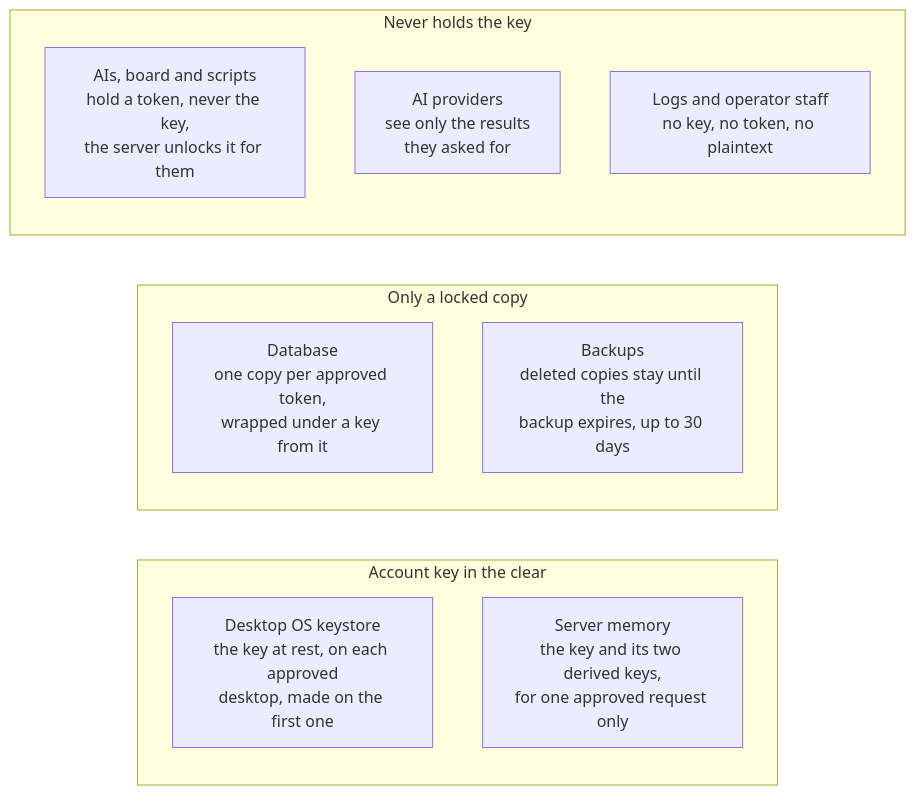
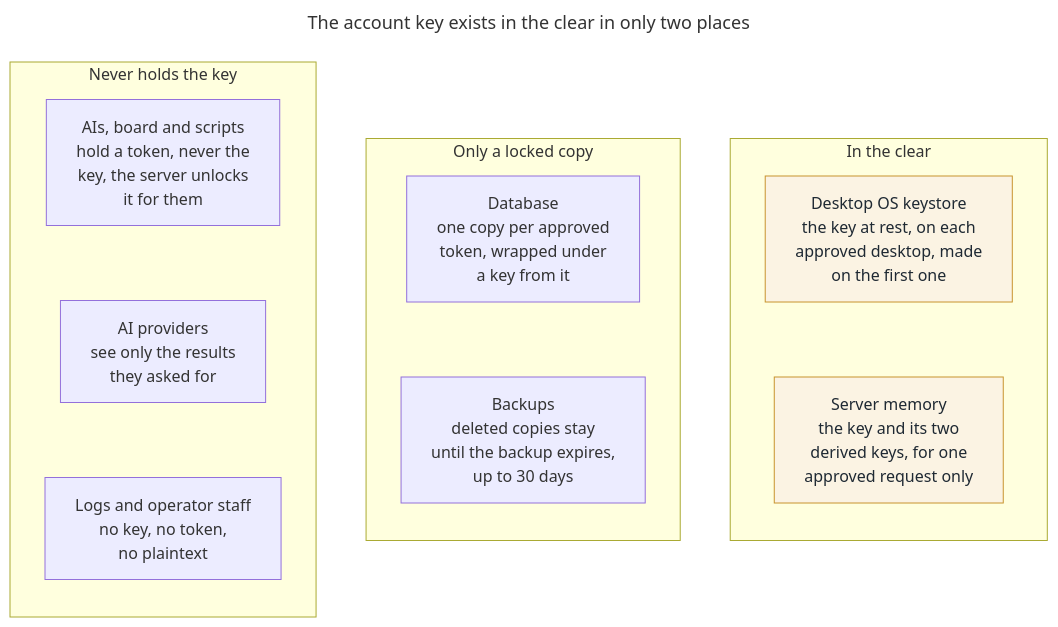
One commit to ajs-consult-llc/mirror-encryption-rfc changed the diagram in diagrams/where-the-account-key-lives-2-places-in-the-clear.mmd. Above: the diagram before and after it, drawn with Mermaid. The commit also changed 23 other files, not shown here.

First line of the commit message:
Diagrams that read: titles, short lines, vertical layouts

```diff
--- a/diagrams/where-the-account-key-lives-2-places-in-the-clear.mmd
+++ b/diagrams/where-the-account-key-lives-2-places-in-the-clear.mmd
@@ -1,16 +1,27 @@
-flowchart LR
+---
+title: "The account key exists in the clear in only two places"
+---
+flowchart TB
   accTitle: The account key exists in the clear in only two places
   accDescr: Where the account key lives, where only a locked copy lives, and where it never goes. In the clear, the key exists only in the desktop OS keystore, at rest on each approved desktop and made on the first one, and in server memory, with its two derived keys, for one approved request only. Only a locked copy is in the database, one copy per approved token wrapped under a key from it, and in backups, where deleted copies stay until the backup expires, up to 30 days. The AIs, board and scripts hold a token but never the key, and the server unlocks it for them. AI providers see only the results they asked for. Logs and operator staff hold no key, no token and no plaintext. A token opens only its own copy, so deleting that copy cuts its holder off at once.
-  subgraph clear["Account key in the clear"]
-    K1["Desktop OS keystore<br/>the key at rest, on each approved<br/>desktop, made on the first one"]
-    K2["Server memory<br/>the key and its two derived keys,<br/>for one approved request only"]
+  subgraph clear["In the clear"]
+    direction TB
+    K1["Desktop OS keystore<br/>the key at rest, on each<br/>approved desktop, made<br/>on the first one"]
+    K2["Server memory<br/>the key and its two<br/>derived keys, for one<br/>approved request only"]
+    K1 ~~~ K2
   end
   subgraph locked["Only a locked copy"]
-    L1["Database<br/>one copy per approved token,<br/>wrapped under a key from it"]
-    L2["Backups<br/>deleted copies stay until the<br/>backup expires, up to 30 days"]
+    direction TB
+    L1["Database<br/>one copy per approved<br/>token, wrapped under<br/>a key from it"]
+    L2["Backups<br/>deleted copies stay<br/>until the backup expires,<br/>up to 30 days"]
+    L1 ~~~ L2
   end
   subgraph never["Never holds the key"]
-    N1["AIs, board and scripts<br/>hold a token, never the key,<br/>the server unlocks it for them"]
+    direction TB
+    N1["AIs, board and scripts<br/>hold a token, never the<br/>key, the server unlocks<br/>it for them"]
     N2["AI providers<br/>see only the results<br/>they asked for"]
-    N3["Logs and operator staff<br/>no key, no token, no plaintext"]
+    N3["Logs and operator staff<br/>no key, no token,<br/>no plaintext"]
+    N1 ~~~ N2 ~~~ N3
   end
+  classDef hot stroke:#c8932e,fill:#fbf3e3,color:#1f2933
+  class K1,K2 hot
```
